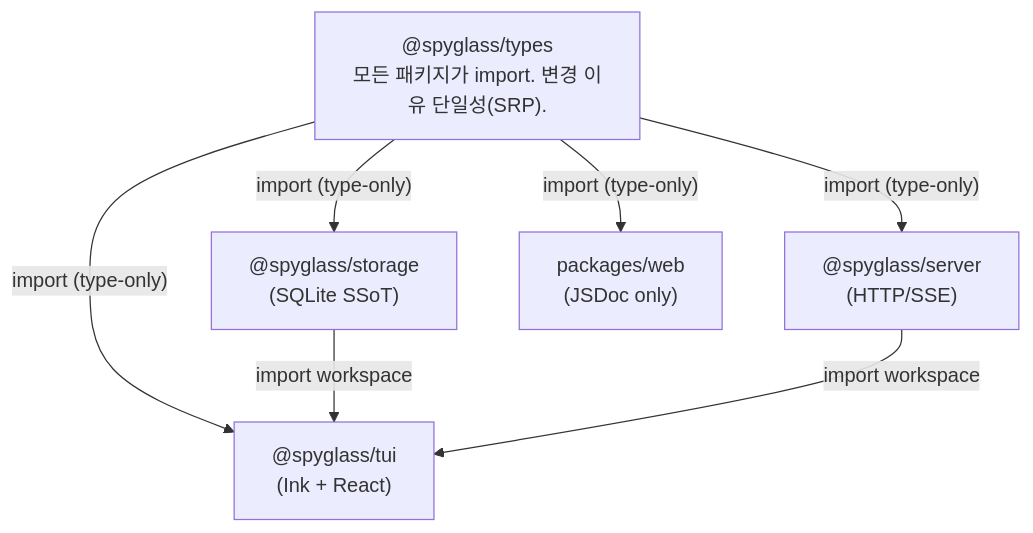
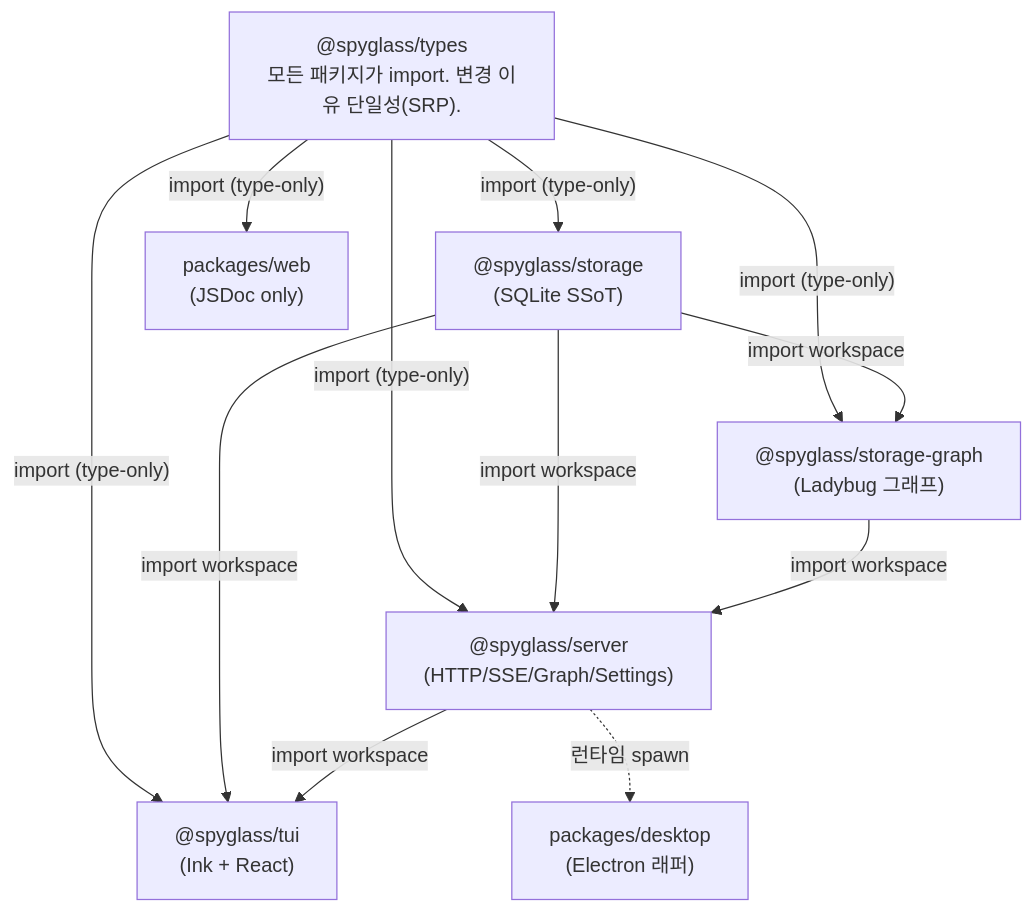
The fifth of 9 diagrams in docs/architecture/architecture.md (gmoon92/claude-spyglass), drawn with Mermaid before and after one commit. The commit also changed other lines of this file and 23 other files, not shown here.

First line of the commit message:
docs(architecture): 아키텍처 문서·README 소스 기준 현행화

````diff
--- a/docs/architecture/architecture.md
+++ b/docs/architecture/architecture.md
@@ -230,15 +270,22 @@
 ```mermaid
 flowchart TD
     TYPES["@spyglass/types\n모든 패키지가 import. 변경 이유 단일성(SRP)."]
     STORAGE["@spyglass/storage\n(SQLite SSoT)"]
-    SERVER["@spyglass/server\n(HTTP/SSE)"]
+    GRAPH["@spyglass/storage-graph\n(Ladybug 그래프)"]
+    SERVER["@spyglass/server\n(HTTP/SSE/Graph/Settings)"]
     WEB["packages/web\n(JSDoc only)"]
     TUI["@spyglass/tui\n(Ink + React)"]
+    DESKTOP["packages/desktop\n(Electron 래퍼)"]
 
     TYPES -->|"import (type-only)"| STORAGE
+    TYPES -->|"import (type-only)"| GRAPH
     TYPES -->|"import (type-only)"| SERVER
     TYPES -->|"import (type-only)"| WEB
     TYPES -->|"import (type-only)"| TUI
+    STORAGE -->|"import workspace"| GRAPH
+    STORAGE -->|"import workspace"| SERVER
+    GRAPH -->|"import workspace"| SERVER
     STORAGE -->|"import workspace"| TUI
     SERVER -->|"import workspace"| TUI
+    SERVER -.->|"런타임 spawn"| DESKTOP
 ```
````
